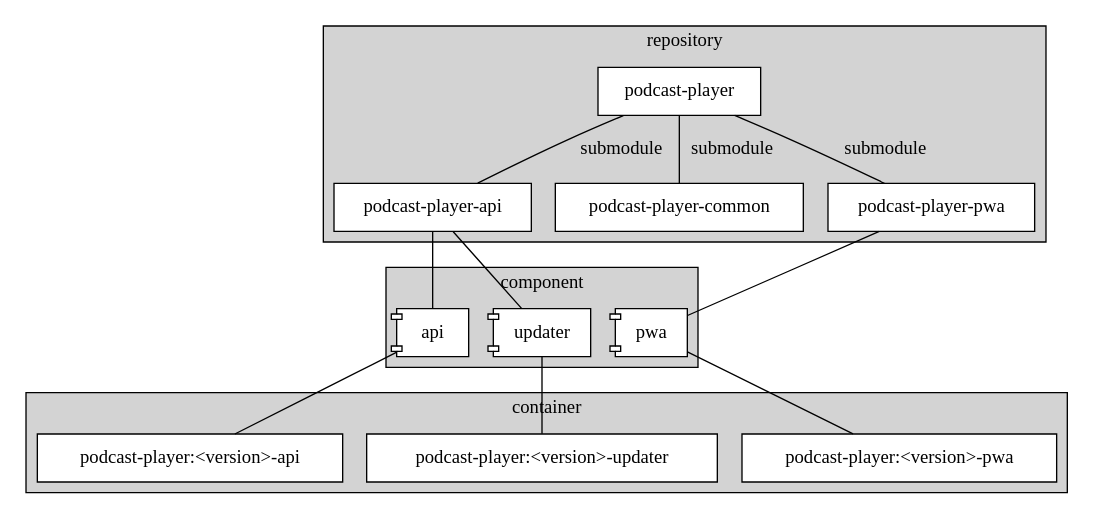
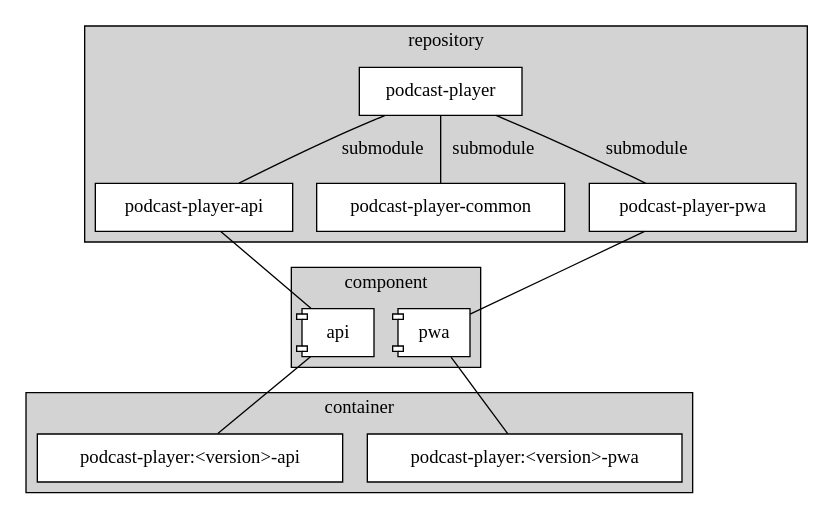
The diagram in documentation/src/components.dot (hannes-hochreiner/podcast-player), drawn with Graphviz before and after one commit. The commit also changed 5 other files, not shown here.

```diff
--- a/documentation/src/components.dot
+++ b/documentation/src/components.dot
@@ -1,45 +1,43 @@
 graph {
   rankdir=tb;
 
   subgraph cluster_repository {
     label=repository;
     fillcolor=lightgrey;
     style=filled;
     node [style=filled, fillcolor=white, shape=box];
 
     podcast_player [label="podcast-player"];
     
     {
       rank=same;
       podcast_player_api [label="podcast-player-api"];
       podcast_player_common [label="podcast-player-common"];
       podcast_player_pwa [label="podcast-player-pwa"];
     }
   }
 
   subgraph cluster_component {
     label=component;
     rank=same;
     fillcolor=lightgrey;
     style=filled;
     node [shape=component, style=filled, fillcolor=white];
-    api updater pwa
+    api pwa
   }
 
   subgraph cluster_container {
     label=container;
     fillcolor=lightgrey;
     style=filled;
     node [shape=box, style=filled, fillcolor=white];
-    updater_cont [label="podcast-player:<version>-updater"];
     api_cont [label="podcast-player:<version>-api"];
     pwa_cont [label="podcast-player:<version>-pwa"];
   }
 
   podcast_player -- {podcast_player_api, podcast_player_common, podcast_player_pwa} [label="submodule"];
-  podcast_player_api -- {api, updater};
+  podcast_player_api -- api;
   podcast_player_pwa -- pwa;
   pwa -- pwa_cont;
   api -- api_cont;
-  updater -- updater_cont;
 }
```
